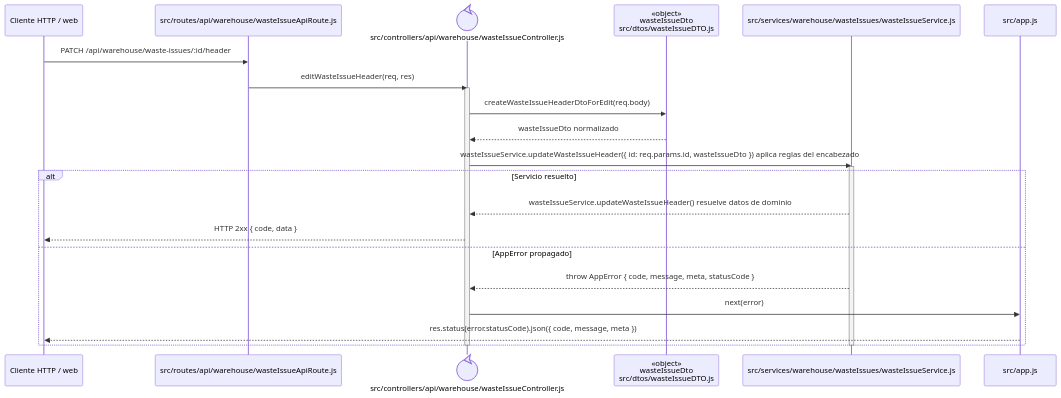
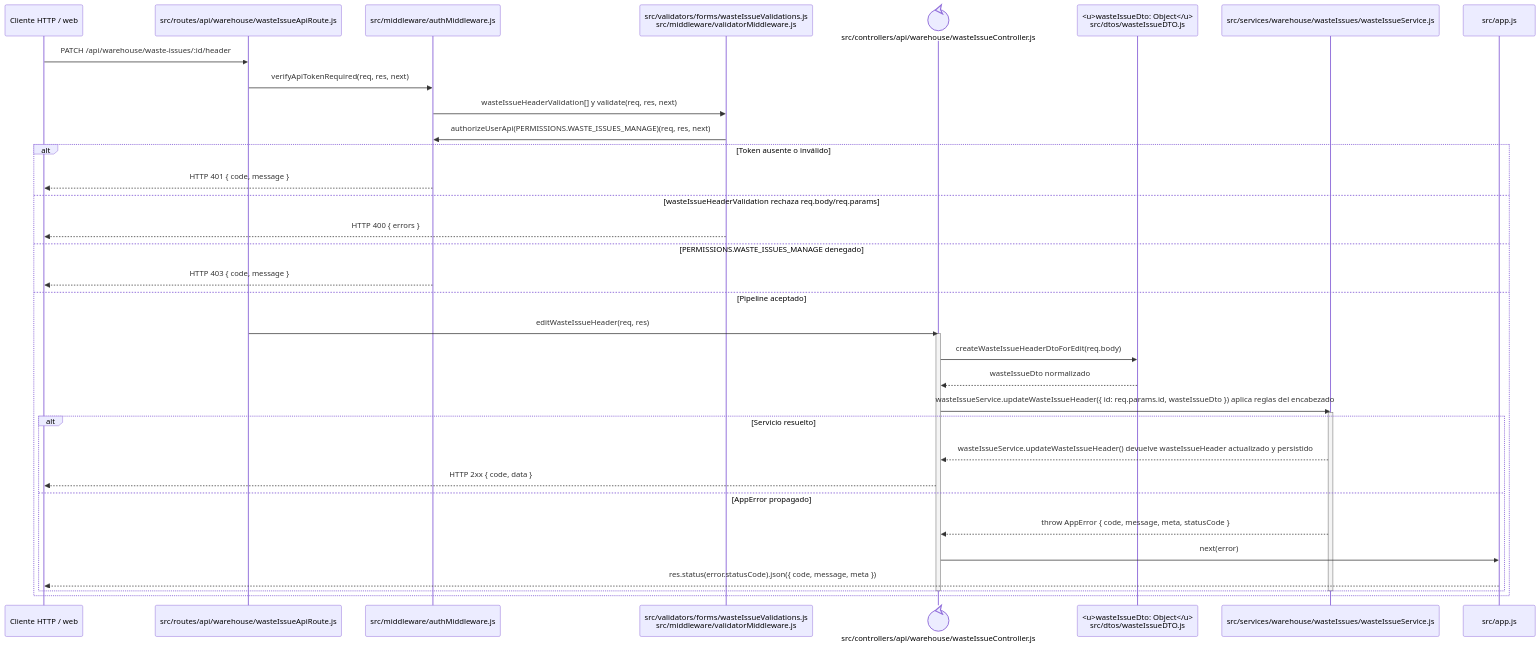
Before and after one commit to gpgsistemas01/nexus: the diagram in docs/architecture/backend-code-sequences/issues/cu-sal-10.md, drawn with Mermaid. The commit also changed 102 other files, not shown here.

````diff
--- a/docs/architecture/backend-code-sequences/issues/cu-sal-10.md
+++ b/docs/architecture/backend-code-sequences/issues/cu-sal-10.md
@@ -6,27 +6,40 @@
 ```mermaid
 sequenceDiagram
     participant Client as Cliente HTTP / web
     participant Route as src/routes/api/warehouse/wasteIssueApiRoute.js
+    participant Auth as src/middleware/authMiddleware.js
+    participant Validator as src/validators/forms/wasteIssueValidations.js<br/>src/middleware/validatorMiddleware.js
     participant Controller@{ "type": "control" } as src/controllers/api/warehouse/wasteIssueController.js
-    participant IssueDto as «object»<br/>wasteIssueDto<br/>src/dtos/wasteIssueDTO.js
+    participant IssueDto as <u>wasteIssueDto: Object</u><br/>src/dtos/wasteIssueDTO.js
     participant Domain as src/services/warehouse/wasteIssues/wasteIssueService.js
     participant ErrorHandler as src/app.js
 
     Client->>Route: PATCH /api/warehouse/waste-issues/:id/header
-    Route->>Controller: editWasteIssueHeader(req, res)
-    activate Controller
-    Controller->>IssueDto: createWasteIssueHeaderDtoForEdit(req.body)
-    IssueDto-->>Controller: wasteIssueDto normalizado
-    Controller->>Domain: wasteIssueService.updateWasteIssueHeader({ id: req.params.id, wasteIssueDto }) aplica reglas del encabezado
-    activate Domain
-    alt Servicio resuelto
-        Domain-->>Controller: wasteIssueService.updateWasteIssueHeader() resuelve datos de dominio
-        Controller-->>Client: HTTP 2xx { code, data }
-    else AppError propagado
-        Domain-->>Controller: throw AppError { code, message, meta, statusCode }
-        Controller->>ErrorHandler: next(error)
-        ErrorHandler-->>Client: res.status(error.statusCode).json({ code, message, meta })
+    Route->>Auth: verifyApiTokenRequired(req, res, next)
+    Auth->>Validator: wasteIssueHeaderValidation[] y validate(req, res, next)
+    Validator->>Auth: authorizeUserApi(PERMISSIONS.WASTE_ISSUES_MANAGE)(req, res, next)
+    alt Token ausente o inválido
+        Auth-->>Client: HTTP 401 { code, message }
+    else wasteIssueHeaderValidation rechaza req.body/req.params
+        Validator-->>Client: HTTP 400 { errors }
+    else PERMISSIONS.WASTE_ISSUES_MANAGE denegado
+        Auth-->>Client: HTTP 403 { code, message }
+    else Pipeline aceptado
+        Route->>Controller: editWasteIssueHeader(req, res)
+        activate Controller
+        Controller->>IssueDto: createWasteIssueHeaderDtoForEdit(req.body)
+        IssueDto-->>Controller: wasteIssueDto normalizado
+        Controller->>Domain: wasteIssueService.updateWasteIssueHeader({ id: req.params.id, wasteIssueDto }) aplica reglas del encabezado
+        activate Domain
+        alt Servicio resuelto
+            Domain-->>Controller: wasteIssueService.updateWasteIssueHeader() devuelve wasteIssueHeader actualizado y persistido
+            Controller-->>Client: HTTP 2xx { code, data }
+        else AppError propagado
+            Domain-->>Controller: throw AppError { code, message, meta, statusCode }
+            Controller->>ErrorHandler: next(error)
+            ErrorHandler-->>Client: res.status(error.statusCode).json({ code, message, meta })
+        end
+        deactivate Domain
+        deactivate Controller
     end
-    deactivate Domain
-    deactivate Controller
 ```
````
